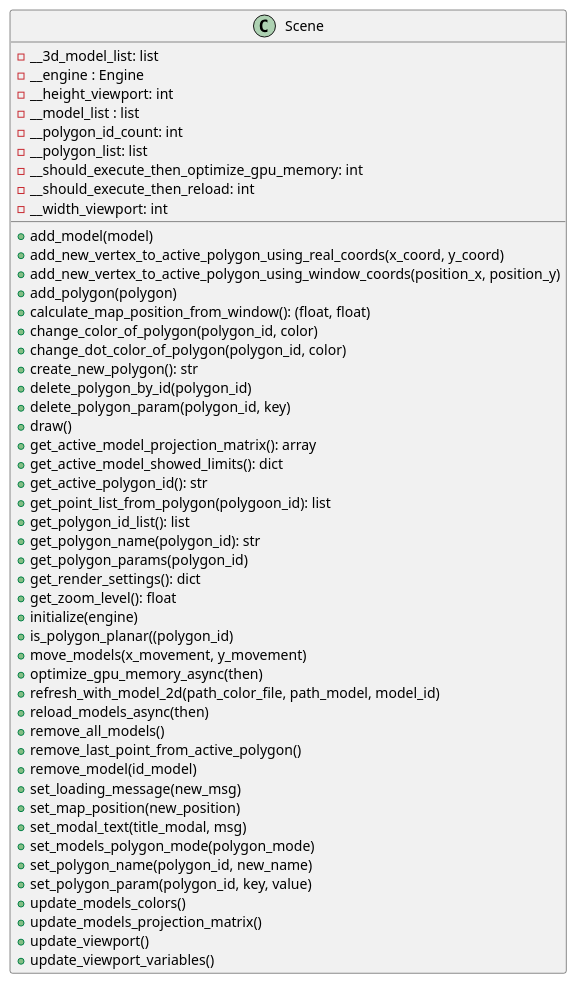
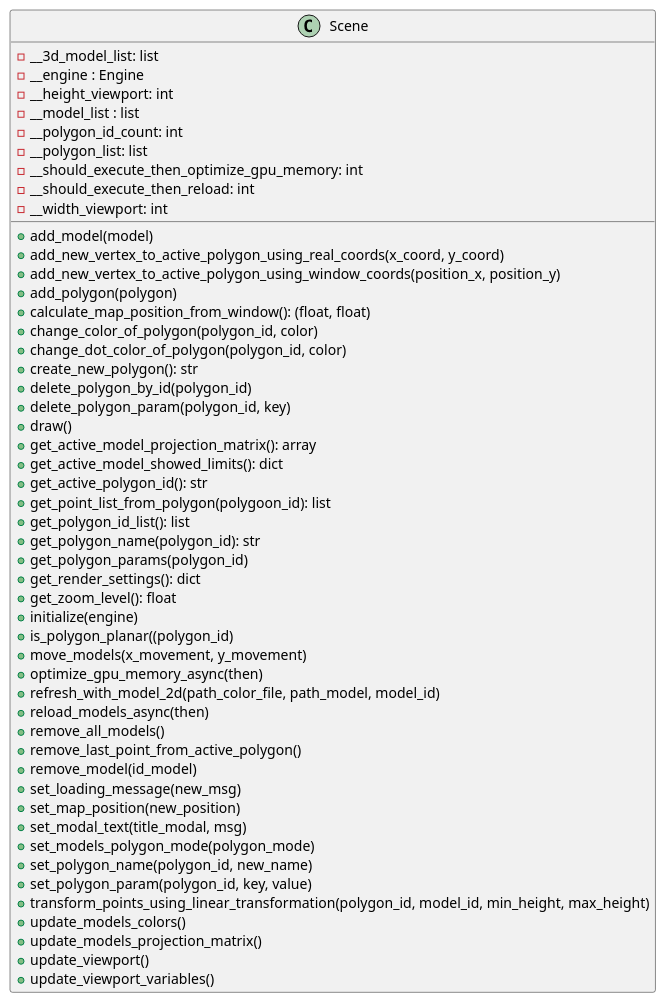
The diagram in docs/classes/Scene.puml (ferpoble2/Relief_Creator), drawn with PlantUML before and after one commit. The commit also changed 5 other files, not shown here.

Commit message:
Created and sorted method for the transformation of the points.

```diff
--- a/docs/classes/Scene.puml
+++ b/docs/classes/Scene.puml
@@ -1,54 +1,55 @@
 @startuml
             class Scene{
                 + add_model(model)
                 + add_new_vertex_to_active_polygon_using_real_coords(x_coord, y_coord)
                 + add_new_vertex_to_active_polygon_using_window_coords(position_x, position_y)
                 + add_polygon(polygon)
                 + calculate_map_position_from_window(): (float, float)
                 + change_color_of_polygon(polygon_id, color)
                 + change_dot_color_of_polygon(polygon_id, color)
                 + create_new_polygon(): str
                 + delete_polygon_by_id(polygon_id)
                 + delete_polygon_param(polygon_id, key)
                 + draw()
                 + get_active_model_projection_matrix(): array
                 + get_active_model_showed_limits(): dict
                 + get_active_polygon_id(): str
                 + get_point_list_from_polygon(polygoon_id): list
                 + get_polygon_id_list(): list
                 + get_polygon_name(polygon_id): str
                 + get_polygon_params(polygon_id)
                 + get_render_settings(): dict
                 + get_zoom_level(): float
                 + initialize(engine)
                 + is_polygon_planar((polygon_id)
                 + move_models(x_movement, y_movement)
                 + optimize_gpu_memory_async(then)
                 + refresh_with_model_2d(path_color_file, path_model, model_id)
                 + reload_models_async(then)
                 + remove_all_models()
                 + remove_last_point_from_active_polygon()
                 + remove_model(id_model)
                 + set_loading_message(new_msg)
                 + set_map_position(new_position)
                 + set_modal_text(title_modal, msg)
                 + set_models_polygon_mode(polygon_mode)
                 + set_polygon_name(polygon_id, new_name)
                 + set_polygon_param(polygon_id, key, value)
+                + transform_points_using_linear_transformation(polygon_id, model_id, min_height, max_height)
                 + update_models_colors()
                 + update_models_projection_matrix()
                 + update_viewport()
                 + update_viewport_variables()
 
                 - __3d_model_list: list
                 - __engine : Engine
                 - __height_viewport: int
                 - __model_list : list
                 - __polygon_id_count: int
                 - __polygon_list: list
                 - __should_execute_then_optimize_gpu_memory: int
                 - __should_execute_then_reload: int
                 - __width_viewport: int
             }
 
 @enduml
```
